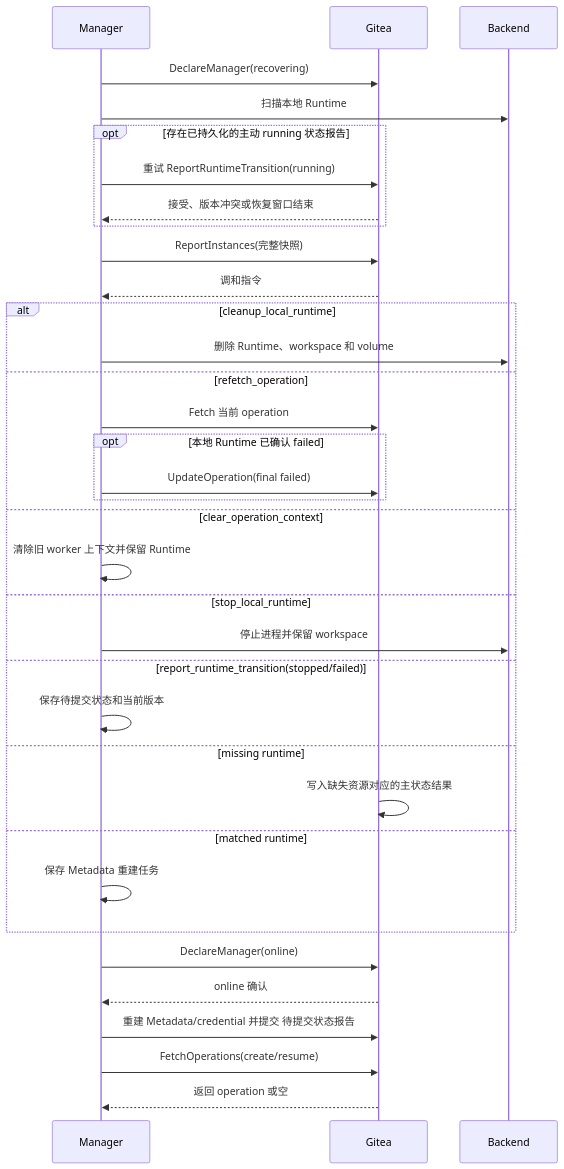
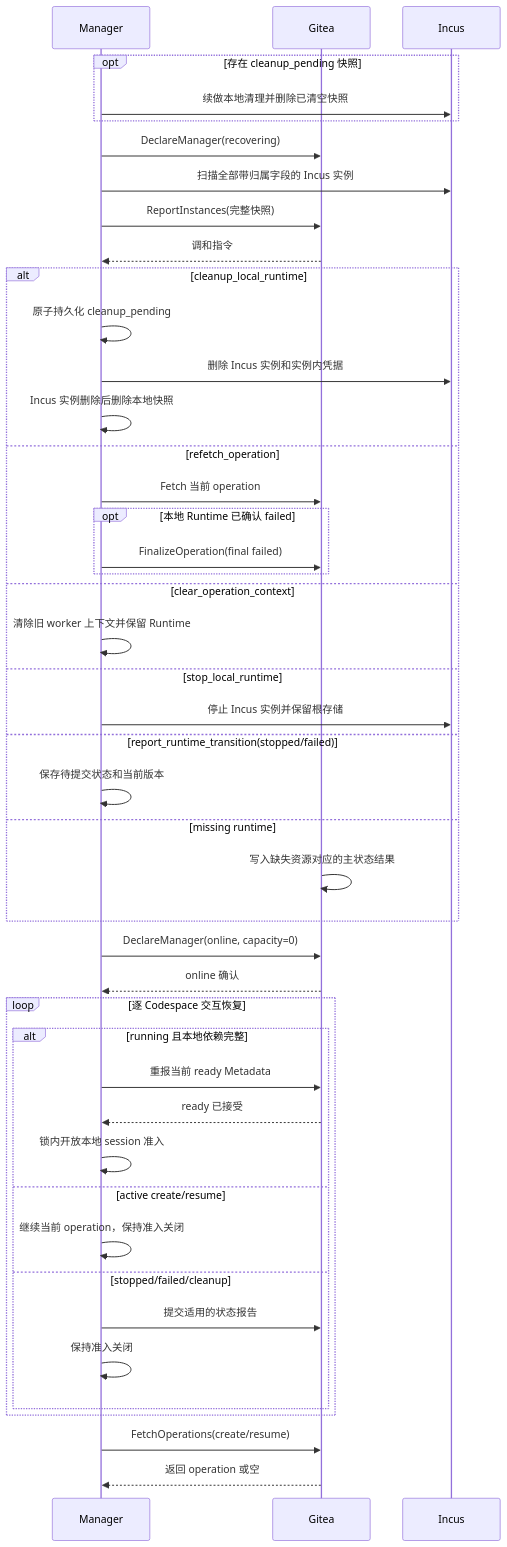
The diagram in src/maintenance-recovery.md (ExplodingDragon/gitea-dev), drawn with Mermaid before and after one commit. The commit also changed other lines of this file and 10 other files, not shown here.

````diff
--- a/src/maintenance-recovery.md
+++ b/src/maintenance-recovery.md
@@ -88,38 +111,48 @@
 ```mermaid
 sequenceDiagram
     participant M as Manager
     participant G as Gitea
-    participant B as Backend
+    participant B as Incus
 
+    opt 存在 cleanup_pending 快照
+        M->>B: 续做本地清理并删除已清空快照
+    end
     M->>G: DeclareManager(recovering)
-    M->>B: 扫描本地 Runtime
-    opt 存在已持久化的主动 running 状态报告
-        M->>G: 重试 ReportRuntimeTransition(running)
-        G-->>M: 接受、版本冲突或恢复窗口结束
-    end
+    M->>B: 扫描全部带归属字段的 Incus 实例
     M->>G: ReportInstances(完整快照)
     G-->>M: 调和指令
     alt cleanup_local_runtime
-        M->>B: 删除 Runtime、workspace 和 volume
+        M->>M: 原子持久化 cleanup_pending
+        M->>B: 删除 Incus 实例和实例内凭据
+        M->>M: Incus 实例删除后删除本地快照
     else refetch_operation
         M->>G: Fetch 当前 operation
         opt 本地 Runtime 已确认 failed
-            M->>G: UpdateOperation(final failed)
+            M->>G: FinalizeOperation(final failed)
         end
     else clear_operation_context
         M->>M: 清除旧 worker 上下文并保留 Runtime
     else stop_local_runtime
-        M->>B: 停止进程并保留 workspace
+        M->>B: 停止 Incus 实例并保留根存储
     else report_runtime_transition(stopped/failed)
         M->>M: 保存待提交状态和当前版本
     else missing runtime
         G->>G: 写入缺失资源对应的主状态结果
-    else matched runtime
-        M->>M: 保存 Metadata 重建任务
     end
-    M->>G: DeclareManager(online)
+    M->>G: DeclareManager(online, capacity=0)
     G-->>M: online 确认
-    M->>G: 重建 Metadata/credential 并提交 待提交状态报告
+    loop 逐 Codespace 交互恢复
+        alt running 且本地依赖完整
+            M->>G: 重报当前 ready Metadata
+            G-->>M: ready 已接受
+            M->>M: 锁内开放本地 session 准入
+        else active create/resume
+            M->>M: 继续当前 operation，保持准入关闭
+        else stopped/failed/cleanup
+            M->>G: 提交适用的状态报告
+            M->>M: 保持准入关闭
+        end
+    end
     M->>G: FetchOperations(create/resume)
     G-->>M: 返回 operation 或空
 ```
````
